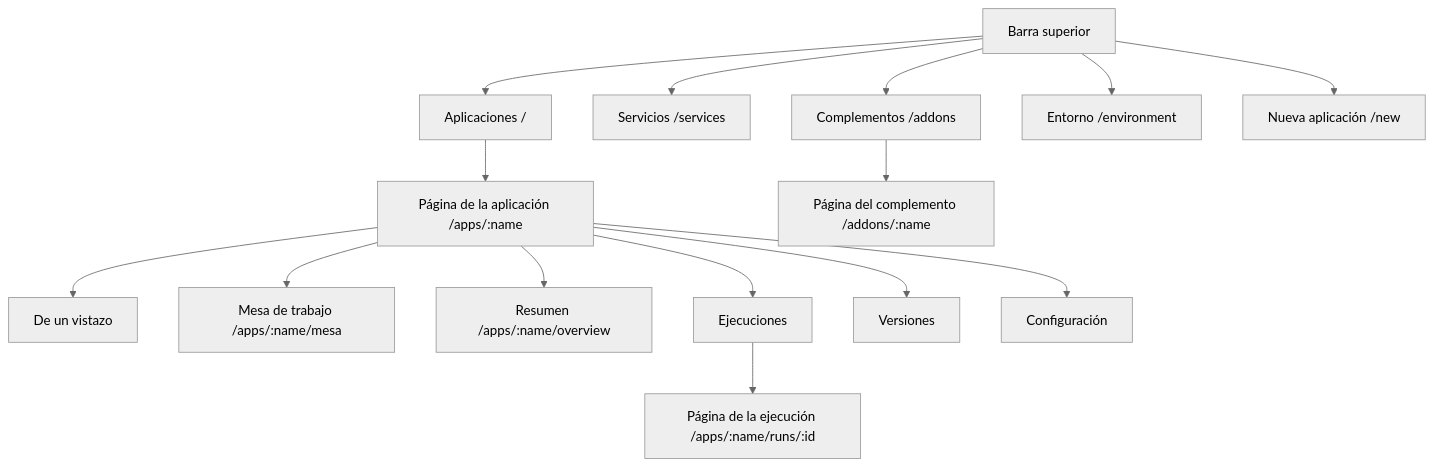
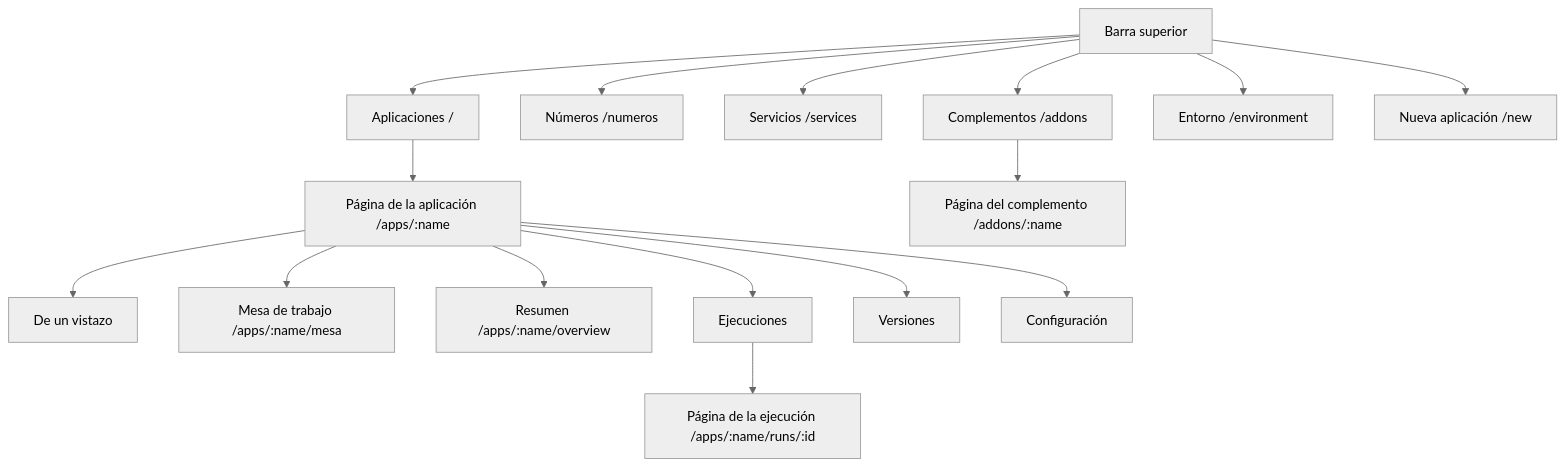
The diagram in docs/content/start/tour.es.md (rendimiento-ai/rendimiento), drawn with Mermaid (neutral theme) before and after one commit. The commit also changed other lines of this file and 43 other files, not shown here.

````diff
--- a/docs/content/start/tour.es.md
+++ b/docs/content/start/tour.es.md
@@ -5,16 +5,17 @@
 ```mermaid
 flowchart TB
     top[Barra superior] --> apps[Aplicaciones /]
+    top --> num[Números /numeros]
     top --> svc[Servicios /services]
     top --> add[Complementos /addons]
     top --> env[Entorno /environment]
     top --> new[Nueva aplicación /new]
     apps --> app[Página de la aplicación /apps/:name]
     app --> gl[De un vistazo]
     app --> mesa[Mesa de trabajo /apps/:name/mesa]
     app --> ov[Resumen /apps/:name/overview]
     app --> runs[Ejecuciones] --> run[Página de la ejecución /apps/:name/runs/:id]
     app --> rel[Versiones]
     app --> set[Configuración]
     add --> det[Página del complemento /addons/:name]
 ```
````
